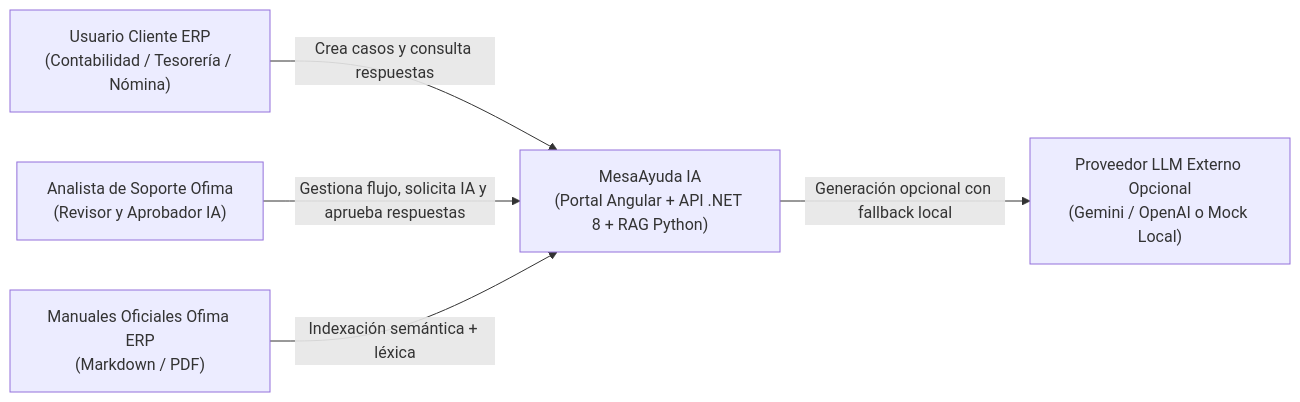
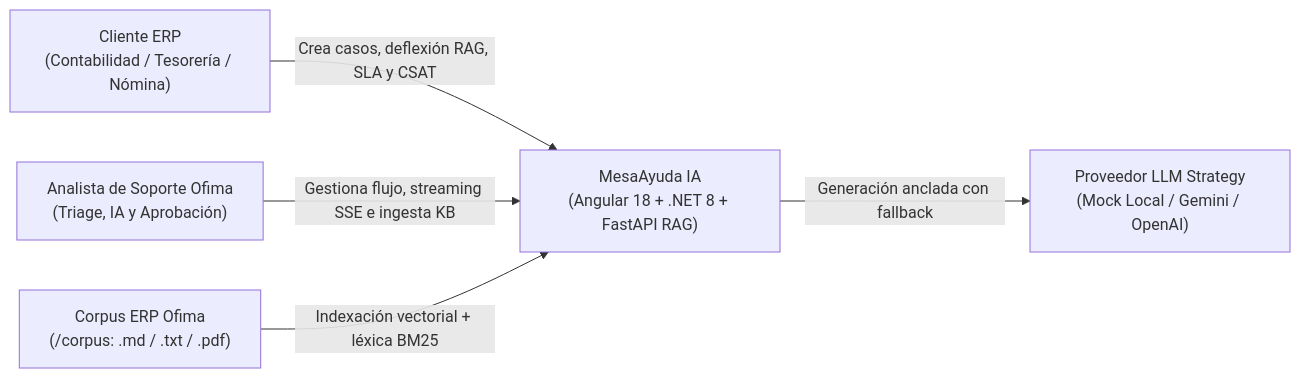
One commit to santiagograci/MesaAyuda-IA changed the first of 3 diagrams in docs/01-arquitectura-y-adrs.md. Above: the diagram before and after it, drawn with Mermaid. The commit also changed other lines of this file and 4 other files, not shown here.

````diff
--- a/docs/01-arquitectura-y-adrs.md
+++ b/docs/01-arquitectura-y-adrs.md
@@ -7,13 +7,13 @@
 ```mermaid
 flowchart LR
-    Cliente["Usuario Cliente ERP\n(Contabilidad / Tesorería / Nómina)"]
-    Analista["Analista de Soporte Ofima\n(Revisor y Aprobador IA)"]
-    Sistema["MesaAyuda IA\n(Portal Angular + API .NET 8 + RAG Python)"]
-    Corpus["Manuales Oficiales Ofima ERP\n(Markdown / PDF)"]
-    LLM["Proveedor LLM Externo Opcional\n(Gemini / OpenAI o Mock Local)"]
+    Cliente["Cliente ERP\n(Contabilidad / Tesorería / Nómina)"]
+    Analista["Analista de Soporte Ofima\n(Triage, IA y Aprobación)"]
+    Sistema["MesaAyuda IA\n(Angular 18 + .NET 8 + FastAPI RAG)"]
+    Corpus["Corpus ERP Ofima\n(/corpus: .md / .txt / .pdf)"]
+    LLM["Proveedor LLM Strategy\n(Mock Local / Gemini / OpenAI)"]
 
-    Cliente -->|"Crea casos y consulta respuestas"| Sistema
-    Analista -->|"Gestiona flujo, solicita IA y aprueba respuestas"| Sistema
-    Corpus -->|"Indexación semántica + léxica"| Sistema
-    Sistema -->|"Generación opcional con fallback local"| LLM
+    Cliente -->|"Crea casos, deflexión RAG, SLA y CSAT"| Sistema
+    Analista -->|"Gestiona flujo, streaming SSE e ingesta KB"| Sistema
+    Corpus -->|"Indexación vectorial + léxica BM25"| Sistema
+    Sistema -->|"Generación anclada con fallback"| LLM
 ```
````
